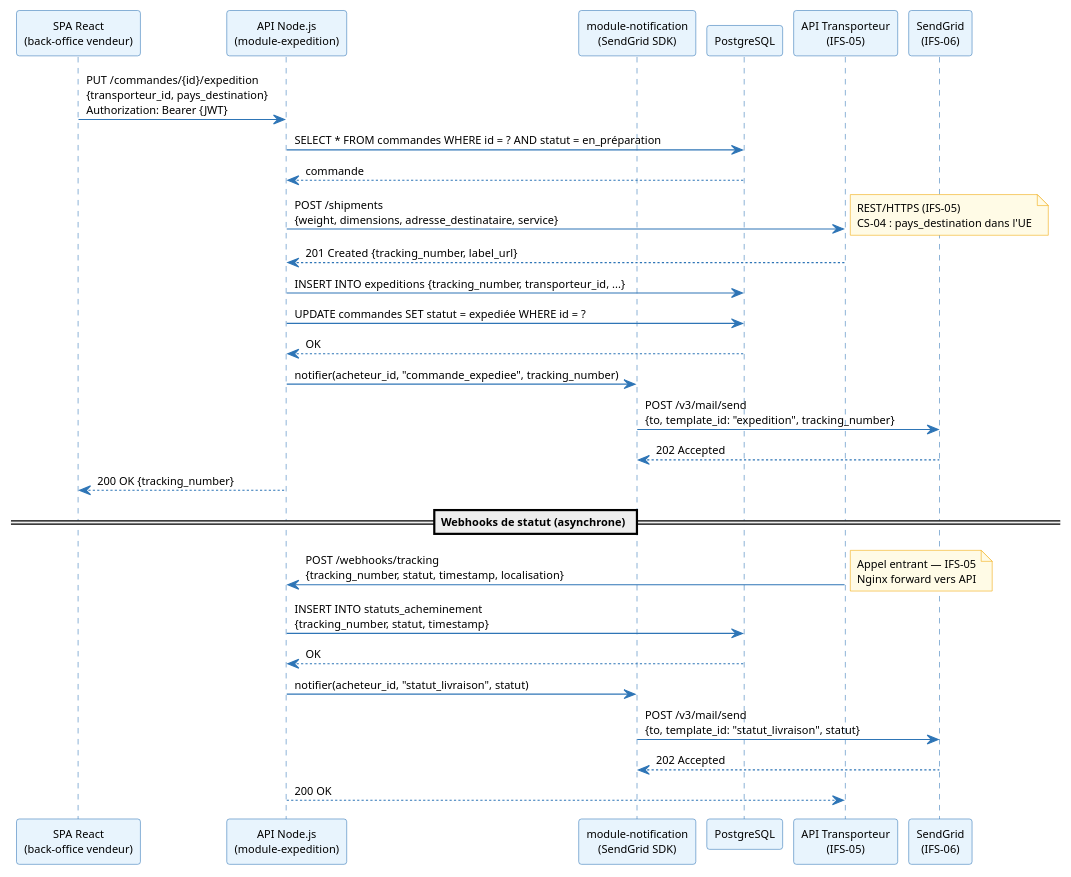
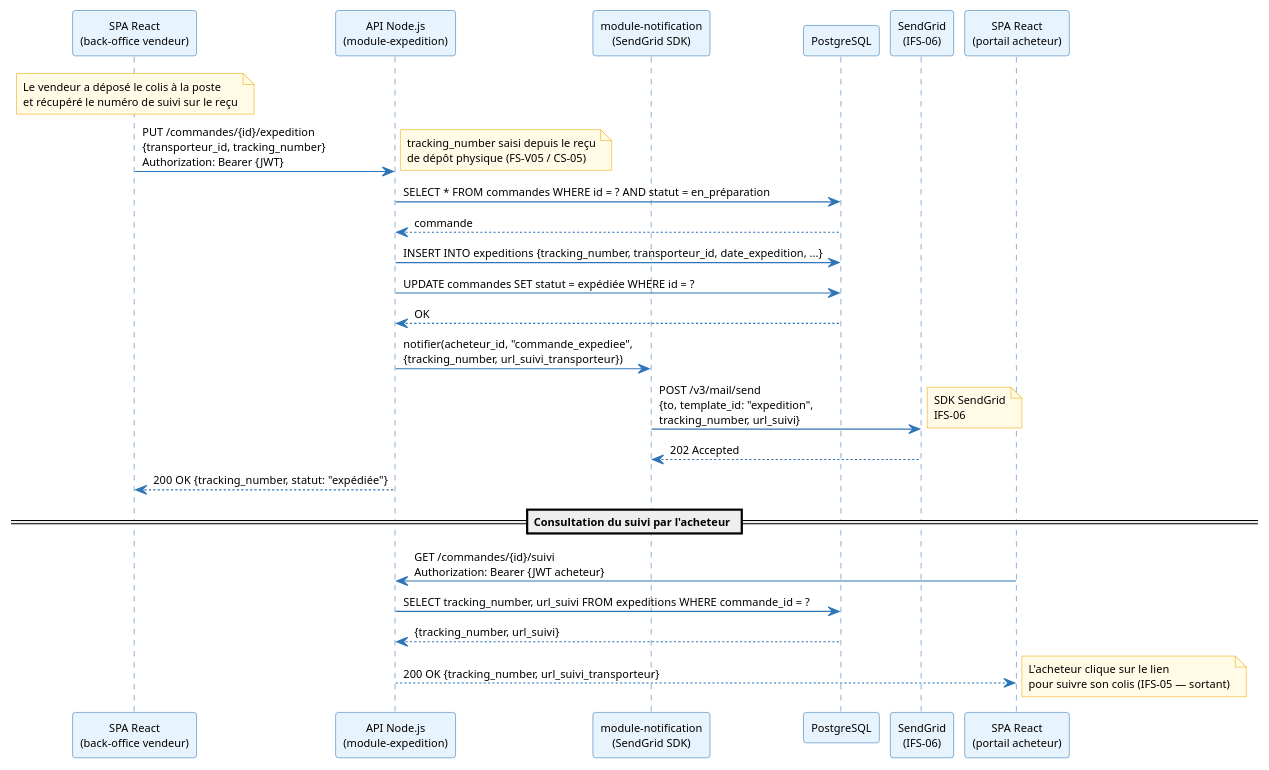
One commit to louistalvande/online_shop changed the fourth of 4 diagrams in architecture/04-physical-architecture/pa.adoc. Above: the diagram before and after it, drawn with PlantUML. The commit also changed other lines of this file and 4 other files, not shown here.

```diff
--- a/architecture/04-physical-architecture/pa.adoc
+++ b/architecture/04-physical-architecture/pa.adoc
@@ -382,51 +423,43 @@
 [plantuml, pa-sequence-expedition, svg]
 ----
 skinparam sequenceArrowColor #2E75B6
 skinparam sequenceParticipantBackgroundColor #E8F4FD
 skinparam sequenceParticipantBorderColor #2E75B6
 skinparam sequenceLifeLineBorderColor #2E75B6
 skinparam noteBorderColor #F0A500
 skinparam noteBackgroundColor #FFFBE6
 skinparam defaultFontSize 10
 
 participant "SPA React\n(back-office vendeur)" as SPA
 participant "API Node.js\n(module-expedition)" as API
 participant "module-notification\n(SendGrid SDK)" as NotifMod
 participant "PostgreSQL" as PG
-participant "API Transporteur\n(IFS-05)" as CarrierAPI
 participant "SendGrid\n(IFS-06)" as Mail
 
-SPA -> API : PUT /commandes/{id}/expedition\n{transporteur_id, pays_destination}\nAuthorization: Bearer {JWT}
+note over SPA : Le vendeur a déposé le colis à la poste\net récupéré le numéro de suivi sur le reçu
+
+SPA -> API : PUT /commandes/{id}/expedition\n{transporteur_id, tracking_number}\nAuthorization: Bearer {JWT}
+note right : tracking_number saisi depuis le reçu\nde dépôt physique (FS-V05 / CS-05)
 
 API -> PG : SELECT * FROM commandes WHERE id = ? AND statut = en_préparation
 PG --> API : commande
 
-API -> CarrierAPI : POST /shipments\n{weight, dimensions, adresse_destinataire, service}
-note right : REST/HTTPS (IFS-05)\nCS-04 : pays_destination dans l'UE
-
-CarrierAPI --> API : 201 Created {tracking_number, label_url}
-
-API -> PG : INSERT INTO expeditions {tracking_number, transporteur_id, ...}
-API -> PG : UPDATE commandes SET statut = expediée WHERE id = ?
+API -> PG : INSERT INTO expeditions {tracking_number, transporteur_id, date_expedition, ...}
+API -> PG : UPDATE commandes SET statut = expédiée WHERE id = ?
 PG --> API : OK
 
-API -> NotifMod : notifier(acheteur_id, "commande_expediee", tracking_number)
-NotifMod -> Mail : POST /v3/mail/send\n{to, template_id: "expedition", tracking_number}
+API -> NotifMod : notifier(acheteur_id, "commande_expediee",\n{tracking_number, url_suivi_transporteur})
+NotifMod -> Mail : POST /v3/mail/send\n{to, template_id: "expedition",\ntracking_number, url_suivi}
+note right : SDK SendGrid\nIFS-06
 Mail --> NotifMod : 202 Accepted
 
-API --> SPA : 200 OK {tracking_number}
+API --> SPA : 200 OK {tracking_number, statut: "expédiée"}
 
-== Webhooks de statut (asynchrone) ==
-
-CarrierAPI -> API : POST /webhooks/tracking\n{tracking_number, statut, timestamp, localisation}
-note right : Appel entrant — IFS-05\nNginx forward vers API
-
-API -> PG : INSERT INTO statuts_acheminement\n{tracking_number, statut, timestamp}
-PG --> API : OK
-
-API -> NotifMod : notifier(acheteur_id, "statut_livraison", statut)
-NotifMod -> Mail : POST /v3/mail/send\n{to, template_id: "statut_livraison", statut}
-Mail --> NotifMod : 202 Accepted
-
-API --> CarrierAPI : 200 OK
+== Consultation du suivi par l'acheteur ==
+participant "SPA React\n(portail acheteur)" as SPABuyer
+SPABuyer -> API : GET /commandes/{id}/suivi\nAuthorization: Bearer {JWT acheteur}
+API -> PG : SELECT tracking_number, url_suivi FROM expeditions WHERE commande_id = ?
+PG --> API : {tracking_number, url_suivi}
+API --> SPABuyer : 200 OK {tracking_number, url_suivi_transporteur}
+note right : L'acheteur clique sur le lien\npour suivre son colis (IFS-05 — sortant)
 ----
```
